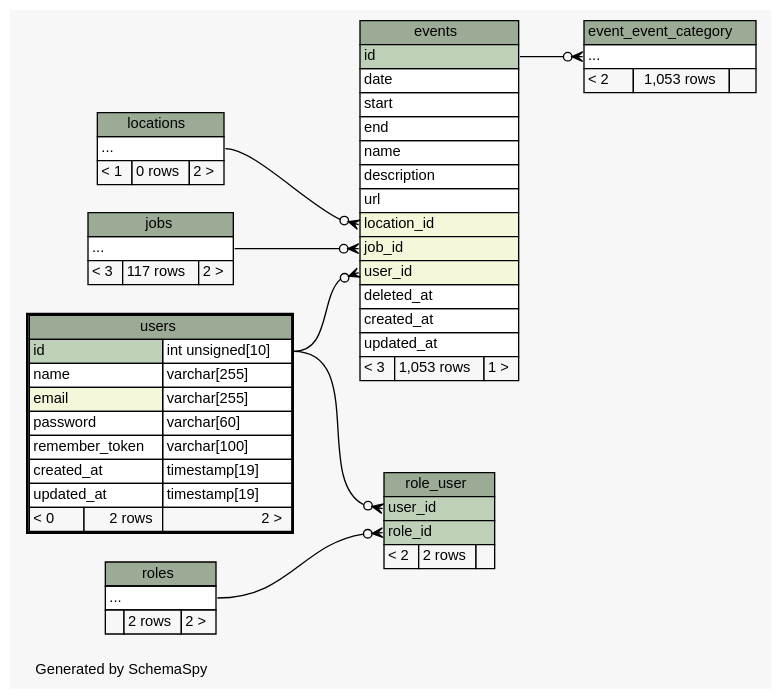
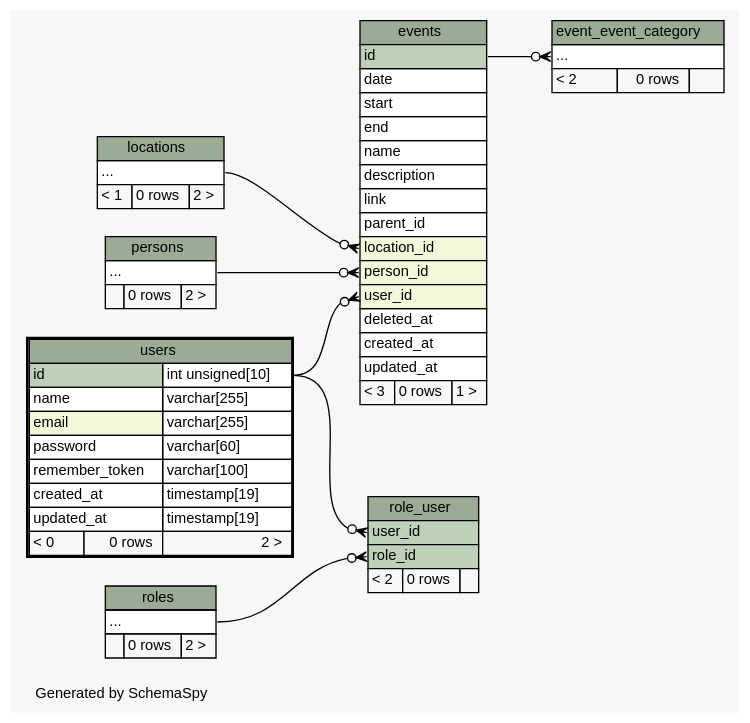
The diagram in docs/diagrams/users.2degrees.dot (g0v/poli-radar-api), drawn with Graphviz before and after one commit. The commit also changed 140 other files, not shown here.

```diff
--- a/docs/diagrams/users.2degrees.dot
+++ b/docs/diagrams/users.2degrees.dot
@@ -1,117 +1,118 @@
 // dot 2.28.0 on Windows 10 10.0
 // SchemaSpy rev 590
 digraph "twoDegreesRelationshipsDiagram" {
   graph [
     rankdir="RL"
     bgcolor="#f7f7f7"
     label="\nGenerated by SchemaSpy"
     labeljust="l"
     nodesep="0.18"
     ranksep="0.46"
     fontname="Helvetica"
     fontsize="11"
   ];
   node [
     fontname="Helvetica"
     fontsize="11"
     shape="plaintext"
   ];
   edge [
     arrowsize="0.8"
   ];
   "event_event_category":"elipses":w -> "events":"id":e [arrowhead=none dir=back arrowtail=crowodot];
-  "events":"job_id":w -> "jobs":"elipses":e [arrowhead=none dir=back arrowtail=crowodot];
   "events":"location_id":w -> "locations":"elipses":e [arrowhead=none dir=back arrowtail=crowodot];
+  "events":"person_id":w -> "persons":"elipses":e [arrowhead=none dir=back arrowtail=crowodot];
   "events":"user_id":w -> "users":"id.type":e [arrowhead=none dir=back arrowtail=crowodot];
   "role_user":"role_id":w -> "roles":"elipses":e [arrowhead=none dir=back arrowtail=crowodot];
   "role_user":"user_id":w -> "users":"id.type":e [arrowhead=none dir=back arrowtail=crowodot];
   "event_event_category" [
     label=<
     <TABLE BORDER="0" CELLBORDER="1" CELLSPACING="0" BGCOLOR="#ffffff">
       <TR><TD COLSPAN="3" BGCOLOR="#9bab96" ALIGN="CENTER">event_event_category</TD></TR>
       <TR><TD PORT="elipses" COLSPAN="3" ALIGN="LEFT">...</TD></TR>
-      <TR><TD ALIGN="LEFT" BGCOLOR="#f7f7f7">&lt; 2</TD><TD ALIGN="RIGHT" BGCOLOR="#f7f7f7">1,053 rows</TD><TD ALIGN="RIGHT" BGCOLOR="#f7f7f7">  </TD></TR>
+      <TR><TD ALIGN="LEFT" BGCOLOR="#f7f7f7">&lt; 2</TD><TD ALIGN="RIGHT" BGCOLOR="#f7f7f7">0 rows</TD><TD ALIGN="RIGHT" BGCOLOR="#f7f7f7">  </TD></TR>
     </TABLE>>
     URL="event_event_category.html"
     tooltip="event_event_category"
   ];
   "events" [
     label=<
     <TABLE BORDER="0" CELLBORDER="1" CELLSPACING="0" BGCOLOR="#ffffff">
       <TR><TD COLSPAN="3" BGCOLOR="#9bab96" ALIGN="CENTER">events</TD></TR>
       <TR><TD PORT="id" COLSPAN="3" BGCOLOR="#bed1b8" ALIGN="LEFT">id</TD></TR>
       <TR><TD PORT="date" COLSPAN="3" ALIGN="LEFT">date</TD></TR>
       <TR><TD PORT="start" COLSPAN="3" ALIGN="LEFT">start</TD></TR>
       <TR><TD PORT="end" COLSPAN="3" ALIGN="LEFT">end</TD></TR>
       <TR><TD PORT="name" COLSPAN="3" ALIGN="LEFT">name</TD></TR>
       <TR><TD PORT="description" COLSPAN="3" ALIGN="LEFT">description</TD></TR>
-      <TR><TD PORT="url" COLSPAN="3" ALIGN="LEFT">url</TD></TR>
+      <TR><TD PORT="link" COLSPAN="3" ALIGN="LEFT">link</TD></TR>
+      <TR><TD PORT="parent_id" COLSPAN="3" ALIGN="LEFT">parent_id</TD></TR>
       <TR><TD PORT="location_id" COLSPAN="3" BGCOLOR="#f4f7da" ALIGN="LEFT">location_id</TD></TR>
-      <TR><TD PORT="job_id" COLSPAN="3" BGCOLOR="#f4f7da" ALIGN="LEFT">job_id</TD></TR>
+      <TR><TD PORT="person_id" COLSPAN="3" BGCOLOR="#f4f7da" ALIGN="LEFT">person_id</TD></TR>
       <TR><TD PORT="user_id" COLSPAN="3" BGCOLOR="#f4f7da" ALIGN="LEFT">user_id</TD></TR>
       <TR><TD PORT="deleted_at" COLSPAN="3" ALIGN="LEFT">deleted_at</TD></TR>
       <TR><TD PORT="created_at" COLSPAN="3" ALIGN="LEFT">created_at</TD></TR>
       <TR><TD PORT="updated_at" COLSPAN="3" ALIGN="LEFT">updated_at</TD></TR>
-      <TR><TD ALIGN="LEFT" BGCOLOR="#f7f7f7">&lt; 3</TD><TD ALIGN="RIGHT" BGCOLOR="#f7f7f7">1,053 rows</TD><TD ALIGN="RIGHT" BGCOLOR="#f7f7f7">1 &gt;</TD></TR>
+      <TR><TD ALIGN="LEFT" BGCOLOR="#f7f7f7">&lt; 3</TD><TD ALIGN="RIGHT" BGCOLOR="#f7f7f7">0 rows</TD><TD ALIGN="RIGHT" BGCOLOR="#f7f7f7">1 &gt;</TD></TR>
     </TABLE>>
     URL="events.html"
     tooltip="events"
-  ];
-  "jobs" [
-    label=<
-    <TABLE BORDER="0" CELLBORDER="1" CELLSPACING="0" BGCOLOR="#ffffff">
-      <TR><TD COLSPAN="3" BGCOLOR="#9bab96" ALIGN="CENTER">jobs</TD></TR>
-      <TR><TD PORT="elipses" COLSPAN="3" ALIGN="LEFT">...</TD></TR>
-      <TR><TD ALIGN="LEFT" BGCOLOR="#f7f7f7">&lt; 3</TD><TD ALIGN="RIGHT" BGCOLOR="#f7f7f7">117 rows</TD><TD ALIGN="RIGHT" BGCOLOR="#f7f7f7">2 &gt;</TD></TR>
-    </TABLE>>
-    URL="jobs.html"
-    tooltip="jobs"
   ];
   "locations" [
     label=<
     <TABLE BORDER="0" CELLBORDER="1" CELLSPACING="0" BGCOLOR="#ffffff">
       <TR><TD COLSPAN="3" BGCOLOR="#9bab96" ALIGN="CENTER">locations</TD></TR>
       <TR><TD PORT="elipses" COLSPAN="3" ALIGN="LEFT">...</TD></TR>
       <TR><TD ALIGN="LEFT" BGCOLOR="#f7f7f7">&lt; 1</TD><TD ALIGN="RIGHT" BGCOLOR="#f7f7f7">0 rows</TD><TD ALIGN="RIGHT" BGCOLOR="#f7f7f7">2 &gt;</TD></TR>
     </TABLE>>
     URL="locations.html"
     tooltip="locations"
   ];
+  "persons" [
+    label=<
+    <TABLE BORDER="0" CELLBORDER="1" CELLSPACING="0" BGCOLOR="#ffffff">
+      <TR><TD COLSPAN="3" BGCOLOR="#9bab96" ALIGN="CENTER">persons</TD></TR>
+      <TR><TD PORT="elipses" COLSPAN="3" ALIGN="LEFT">...</TD></TR>
+      <TR><TD ALIGN="LEFT" BGCOLOR="#f7f7f7">  </TD><TD ALIGN="RIGHT" BGCOLOR="#f7f7f7">0 rows</TD><TD ALIGN="RIGHT" BGCOLOR="#f7f7f7">2 &gt;</TD></TR>
+    </TABLE>>
+    URL="persons.html"
+    tooltip="persons"
+  ];
   "role_user" [
     label=<
     <TABLE BORDER="0" CELLBORDER="1" CELLSPACING="0" BGCOLOR="#ffffff">
       <TR><TD COLSPAN="3" BGCOLOR="#9bab96" ALIGN="CENTER">role_user</TD></TR>
       <TR><TD PORT="user_id" COLSPAN="3" BGCOLOR="#bed1b8" ALIGN="LEFT">user_id</TD></TR>
       <TR><TD PORT="role_id" COLSPAN="3" BGCOLOR="#bed1b8" ALIGN="LEFT">role_id</TD></TR>
-      <TR><TD ALIGN="LEFT" BGCOLOR="#f7f7f7">&lt; 2</TD><TD ALIGN="RIGHT" BGCOLOR="#f7f7f7">2 rows</TD><TD ALIGN="RIGHT" BGCOLOR="#f7f7f7">  </TD></TR>
+      <TR><TD ALIGN="LEFT" BGCOLOR="#f7f7f7">&lt; 2</TD><TD ALIGN="RIGHT" BGCOLOR="#f7f7f7">0 rows</TD><TD ALIGN="RIGHT" BGCOLOR="#f7f7f7">  </TD></TR>
     </TABLE>>
     URL="role_user.html"
     tooltip="role_user"
   ];
   "roles" [
     label=<
     <TABLE BORDER="0" CELLBORDER="1" CELLSPACING="0" BGCOLOR="#ffffff">
       <TR><TD COLSPAN="3" BGCOLOR="#9bab96" ALIGN="CENTER">roles</TD></TR>
       <TR><TD PORT="elipses" COLSPAN="3" ALIGN="LEFT">...</TD></TR>
-      <TR><TD ALIGN="LEFT" BGCOLOR="#f7f7f7">  </TD><TD ALIGN="RIGHT" BGCOLOR="#f7f7f7">2 rows</TD><TD ALIGN="RIGHT" BGCOLOR="#f7f7f7">2 &gt;</TD></TR>
+      <TR><TD ALIGN="LEFT" BGCOLOR="#f7f7f7">  </TD><TD ALIGN="RIGHT" BGCOLOR="#f7f7f7">0 rows</TD><TD ALIGN="RIGHT" BGCOLOR="#f7f7f7">2 &gt;</TD></TR>
     </TABLE>>
     URL="roles.html"
     tooltip="roles"
   ];
   "users" [
     label=<
     <TABLE BORDER="2" CELLBORDER="1" CELLSPACING="0" BGCOLOR="#ffffff">
       <TR><TD COLSPAN="3" BGCOLOR="#9bab96" ALIGN="CENTER">users</TD></TR>
       <TR><TD PORT="id" COLSPAN="2" BGCOLOR="#bed1b8" ALIGN="LEFT">id</TD><TD PORT="id.type" ALIGN="LEFT">int unsigned[10]</TD></TR>
       <TR><TD PORT="name" COLSPAN="2" ALIGN="LEFT">name</TD><TD PORT="name.type" ALIGN="LEFT">varchar[255]</TD></TR>
       <TR><TD PORT="email" COLSPAN="2" BGCOLOR="#f4f7da" ALIGN="LEFT">email</TD><TD PORT="email.type" ALIGN="LEFT">varchar[255]</TD></TR>
       <TR><TD PORT="password" COLSPAN="2" ALIGN="LEFT">password</TD><TD PORT="password.type" ALIGN="LEFT">varchar[60]</TD></TR>
       <TR><TD PORT="remember_token" COLSPAN="2" ALIGN="LEFT">remember_token</TD><TD PORT="remember_token.type" ALIGN="LEFT">varchar[100]</TD></TR>
       <TR><TD PORT="created_at" COLSPAN="2" ALIGN="LEFT">created_at</TD><TD PORT="created_at.type" ALIGN="LEFT">timestamp[19]</TD></TR>
       <TR><TD PORT="updated_at" COLSPAN="2" ALIGN="LEFT">updated_at</TD><TD PORT="updated_at.type" ALIGN="LEFT">timestamp[19]</TD></TR>
-      <TR><TD ALIGN="LEFT" BGCOLOR="#f7f7f7">&lt; 0</TD><TD ALIGN="RIGHT" BGCOLOR="#f7f7f7">2 rows</TD><TD ALIGN="RIGHT" BGCOLOR="#f7f7f7">2 &gt;</TD></TR>
+      <TR><TD ALIGN="LEFT" BGCOLOR="#f7f7f7">&lt; 0</TD><TD ALIGN="RIGHT" BGCOLOR="#f7f7f7">0 rows</TD><TD ALIGN="RIGHT" BGCOLOR="#f7f7f7">2 &gt;</TD></TR>
     </TABLE>>
     URL="users.html"
     tooltip="users"
   ];
 }
```
